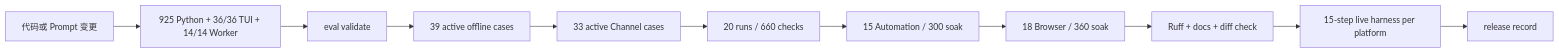
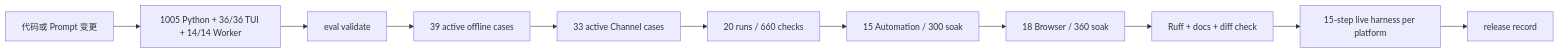
Before and after one commit to NEDONION/lobster0: the diagram in docs/evals/README.md, drawn with Mermaid. The commit also changed other lines of this file and 12 other files, not shown here.

````diff
--- a/docs/evals/README.md
+++ b/docs/evals/README.md
@@ -18,13 +18,13 @@
 ```mermaid
 flowchart LR
-    CHANGE["代码或 Prompt 变更"] --> UNIT["925 Python + 36/36 TUI + 14/14 Worker"]
+    CHANGE["代码或 Prompt 变更"] --> UNIT["1005 Python + 36/36 TUI + 14/14 Worker"]
     UNIT --> VALIDATE["eval validate"]
     VALIDATE --> OFFLINE["39 active offline cases"]
     OFFLINE --> CHANNEL["33 active Channel cases"]
     CHANNEL --> SOAK["20 runs / 660 checks"]
     SOAK --> AUTO["15 Automation / 300 soak"]
     AUTO --> BROWSER["18 Browser / 360 soak"]
     BROWSER --> RUFF["Ruff + docs + diff check"]
     RUFF --> LIVE["15-step live harness per platform"]
     LIVE --> RECORD["release record"]
 ```
````
